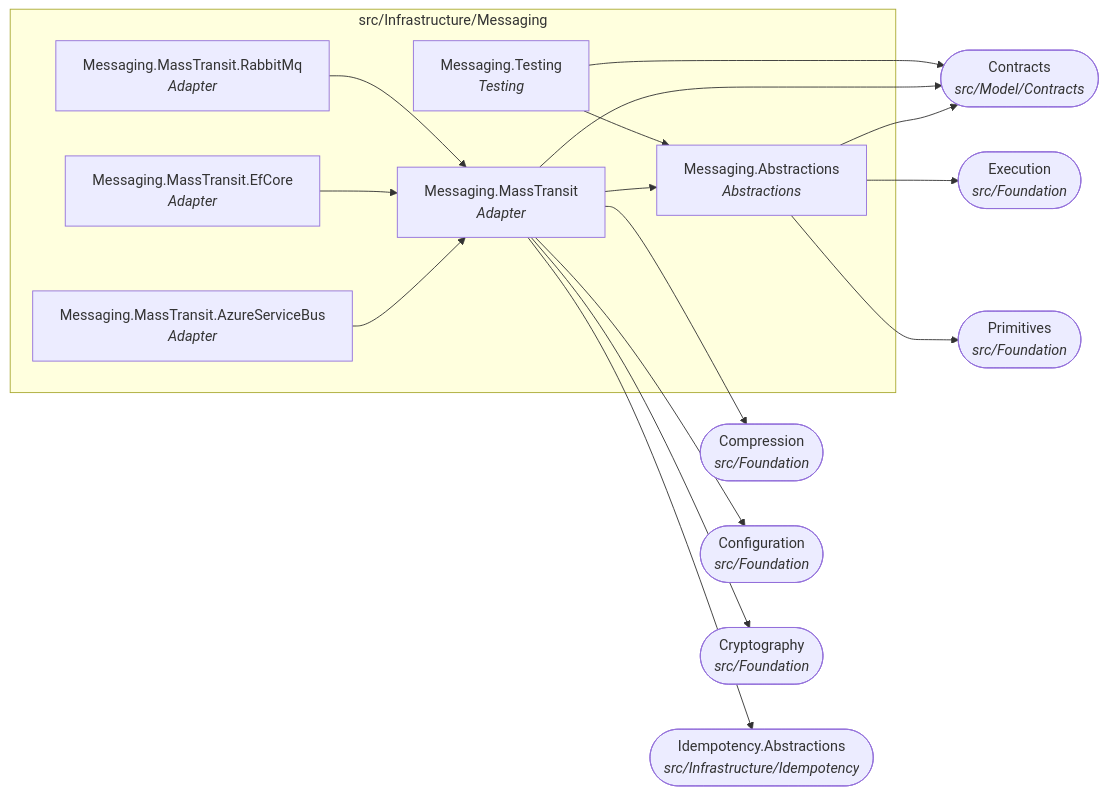
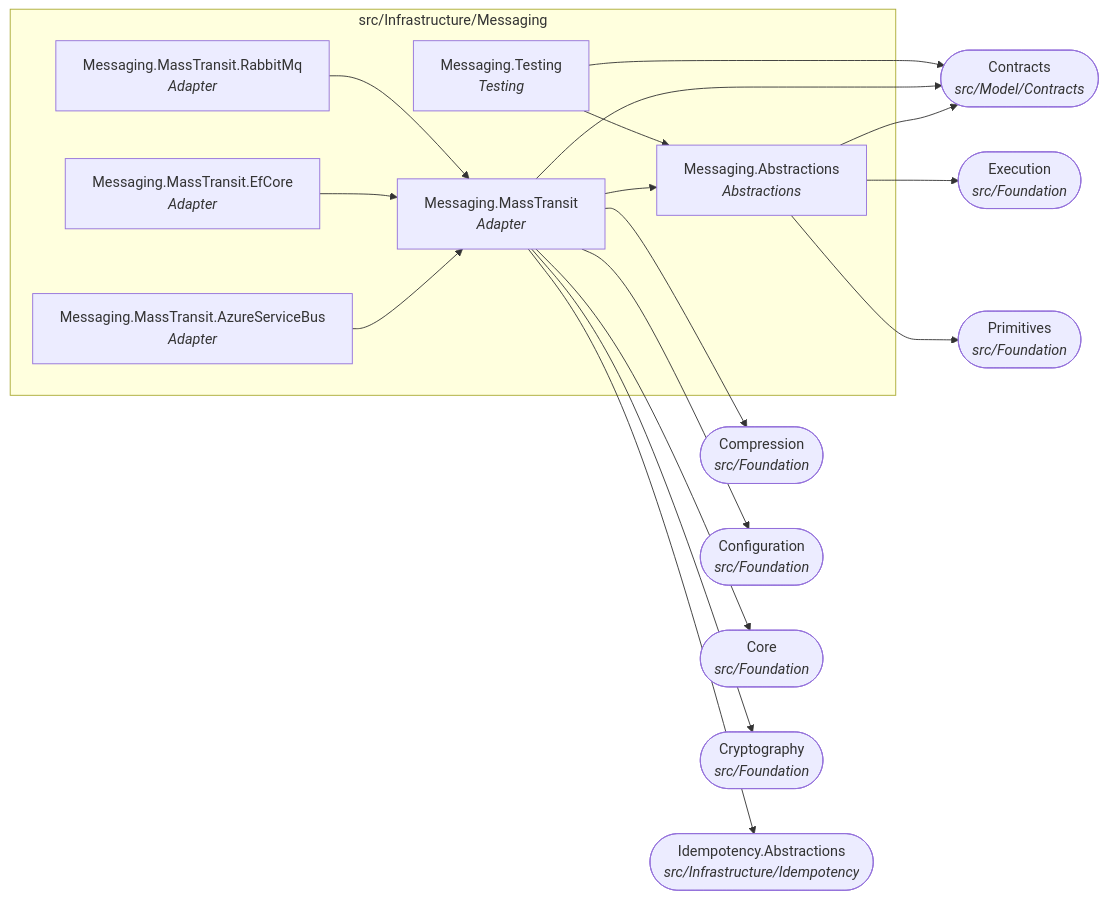
One commit to Gresta-Vertex-Labs/platform-shared-kernel changed diagram 12 of 22 in docs/dependency-graph.md. Above: the diagram before and after it, drawn with Mermaid. The commit also changed other lines of this file and 1494 other files, not shown here.

````diff
--- a/docs/dependency-graph.md
+++ b/docs/dependency-graph.md
@@ -446,32 +459,34 @@
 ```mermaid
 flowchart LR
   subgraph folder_src_Infrastructure_Messaging["src/Infrastructure/Messaging"]
     SharedKernel_Messaging_Abstractions["Messaging.Abstractions<br/><i>Abstractions</i>"]
     SharedKernel_Messaging_MassTransit["Messaging.MassTransit<br/><i>Adapter</i>"]
     SharedKernel_Messaging_MassTransit_AzureServiceBus["Messaging.MassTransit.AzureServiceBus<br/><i>Adapter</i>"]
     SharedKernel_Messaging_MassTransit_EfCore["Messaging.MassTransit.EfCore<br/><i>Adapter</i>"]
     SharedKernel_Messaging_MassTransit_RabbitMq["Messaging.MassTransit.RabbitMq<br/><i>Adapter</i>"]
     SharedKernel_Messaging_Testing["Messaging.Testing<br/><i>Testing</i>"]
   end
   SharedKernel_Compression(["Compression<br/><i>src/Foundation</i>"])
   SharedKernel_Configuration(["Configuration<br/><i>src/Foundation</i>"])
   SharedKernel_Contracts(["Contracts<br/><i>src/Model/Contracts</i>"])
+  SharedKernel_Core(["Core<br/><i>src/Foundation</i>"])
   SharedKernel_Cryptography(["Cryptography<br/><i>src/Foundation</i>"])
   SharedKernel_Execution(["Execution<br/><i>src/Foundation</i>"])
   SharedKernel_Idempotency_Abstractions(["Idempotency.Abstractions<br/><i>src/Infrastructure/Idempotency</i>"])
   SharedKernel_Primitives(["Primitives<br/><i>src/Foundation</i>"])
   SharedKernel_Messaging_Abstractions --> SharedKernel_Contracts
   SharedKernel_Messaging_Abstractions --> SharedKernel_Execution
   SharedKernel_Messaging_Abstractions --> SharedKernel_Primitives
   SharedKernel_Messaging_MassTransit --> SharedKernel_Compression
   SharedKernel_Messaging_MassTransit --> SharedKernel_Configuration
   SharedKernel_Messaging_MassTransit --> SharedKernel_Contracts
+  SharedKernel_Messaging_MassTransit --> SharedKernel_Core
   SharedKernel_Messaging_MassTransit --> SharedKernel_Cryptography
   SharedKernel_Messaging_MassTransit --> SharedKernel_Idempotency_Abstractions
   SharedKernel_Messaging_MassTransit --> SharedKernel_Messaging_Abstractions
   SharedKernel_Messaging_MassTransit_AzureServiceBus --> SharedKernel_Messaging_MassTransit
   SharedKernel_Messaging_MassTransit_EfCore --> SharedKernel_Messaging_MassTransit
   SharedKernel_Messaging_MassTransit_RabbitMq --> SharedKernel_Messaging_MassTransit
   SharedKernel_Messaging_Testing --> SharedKernel_Contracts
   SharedKernel_Messaging_Testing --> SharedKernel_Messaging_Abstractions
 ```
````
